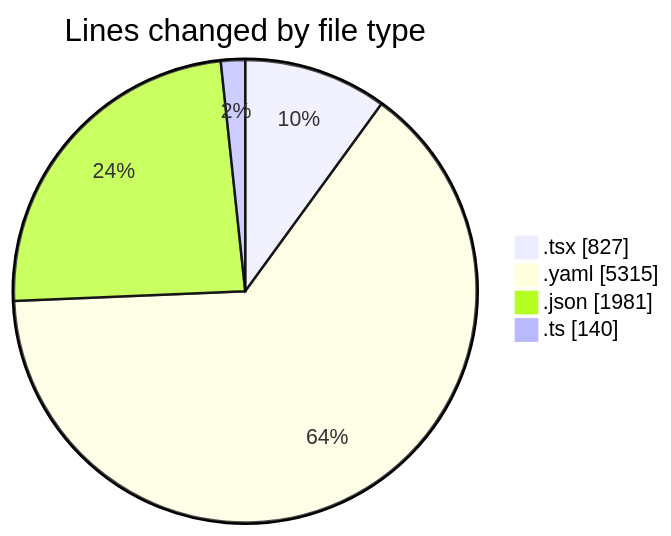
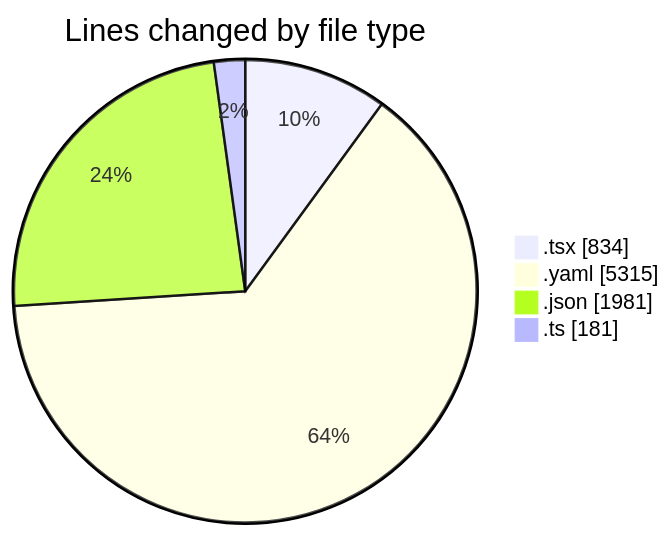
The first of 2 diagrams in 2025-11-07/eventscop-frontend-guide__workspace_/README.md (julien-gomy/code-tracking), drawn with Mermaid before and after one commit. The commit also changed other lines of this file and 1 other file, not shown here.

````diff
--- a/2025-11-07/eventscop-frontend-guide__workspace_/README.md
+++ b/2025-11-07/eventscop-frontend-guide__workspace_/README.md
@@ -32,8 +32,8 @@
 ```mermaid
 pie showData
 title Lines changed by file type
-".tsx" : 827
+".tsx" : 834
 ".yaml" : 5315
 ".json" : 1981
-".ts" : 140
+".ts" : 181
 ```
````
